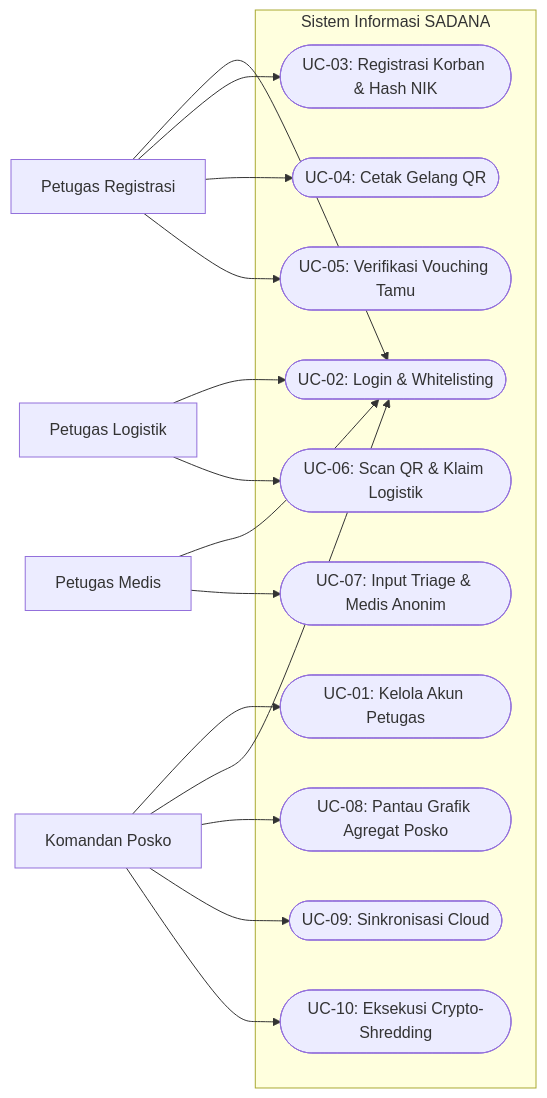
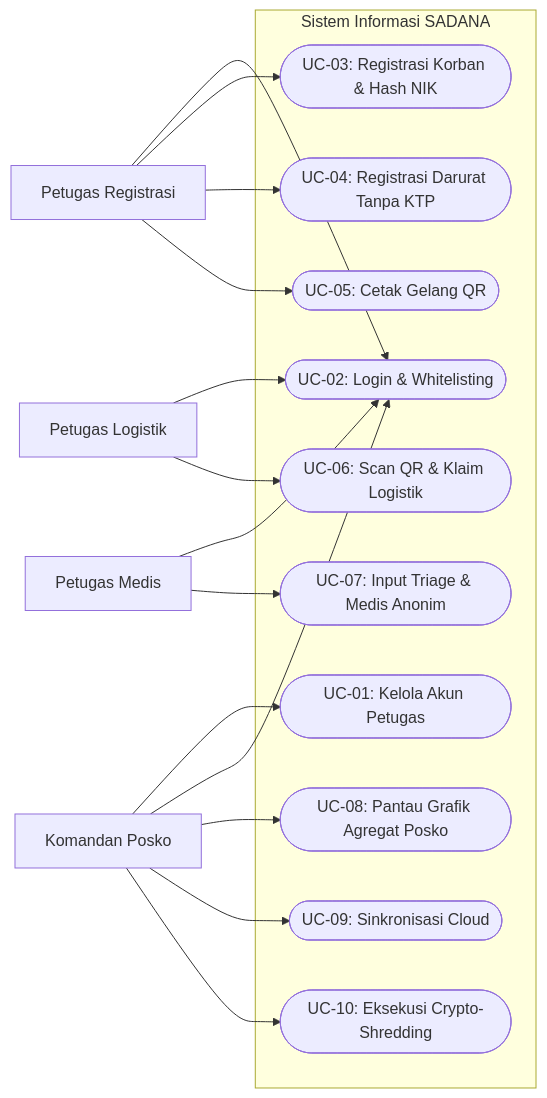
One commit to Mubax5/FITComp changed the first of 8 diagrams in README.md. Above: the diagram before and after it, drawn with Mermaid. The commit also changed other lines of this file, not shown here.

````diff
--- a/README.md
+++ b/README.md
@@ -252,38 +369,38 @@
 ```mermaid
 flowchart LR
     K[Komandan Posko]
     PR[Petugas Registrasi]
     PL[Petugas Logistik]
     PM[Petugas Medis]
 
     subgraph SADANA[Sistem Informasi SADANA]
         UC1([UC-01: Kelola Akun Petugas])
         UC2([UC-02: Login & Whitelisting])
         UC3([UC-03: Registrasi Korban & Hash NIK])
-        UC4([UC-04: Cetak Gelang QR])
-        UC5([UC-05: Verifikasi Vouching Tamu])
+        UC4([UC-04: Registrasi Darurat Tanpa KTP])
+        UC5([UC-05: Cetak Gelang QR])
         UC6([UC-06: Scan QR & Klaim Logistik])
         UC7([UC-07: Input Triage & Medis Anonim])
         UC8([UC-08: Pantau Grafik Agregat Posko])
         UC9([UC-09: Sinkronisasi Cloud])
         UC10([UC-10: Eksekusi Crypto-Shredding])
     end
 
     K --> UC1
     K --> UC2
     PR --> UC2
     PL --> UC2
     PM --> UC2
 
     PR --> UC3
     PR --> UC4
     PR --> UC5
 
     PL --> UC6
     PM --> UC7
 
     K --> UC8
     K --> UC9
     K --> UC10
 
 ```
````
